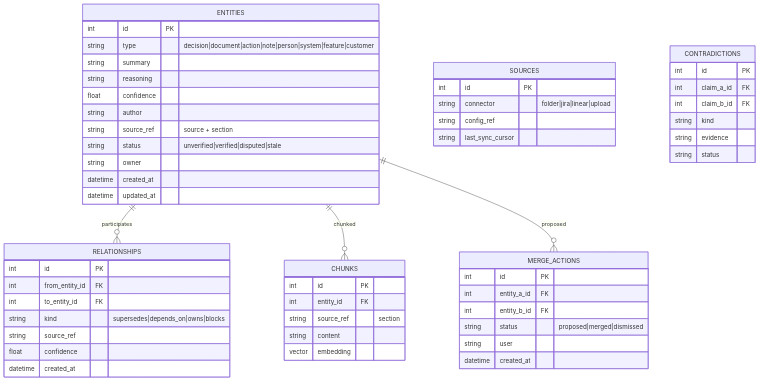
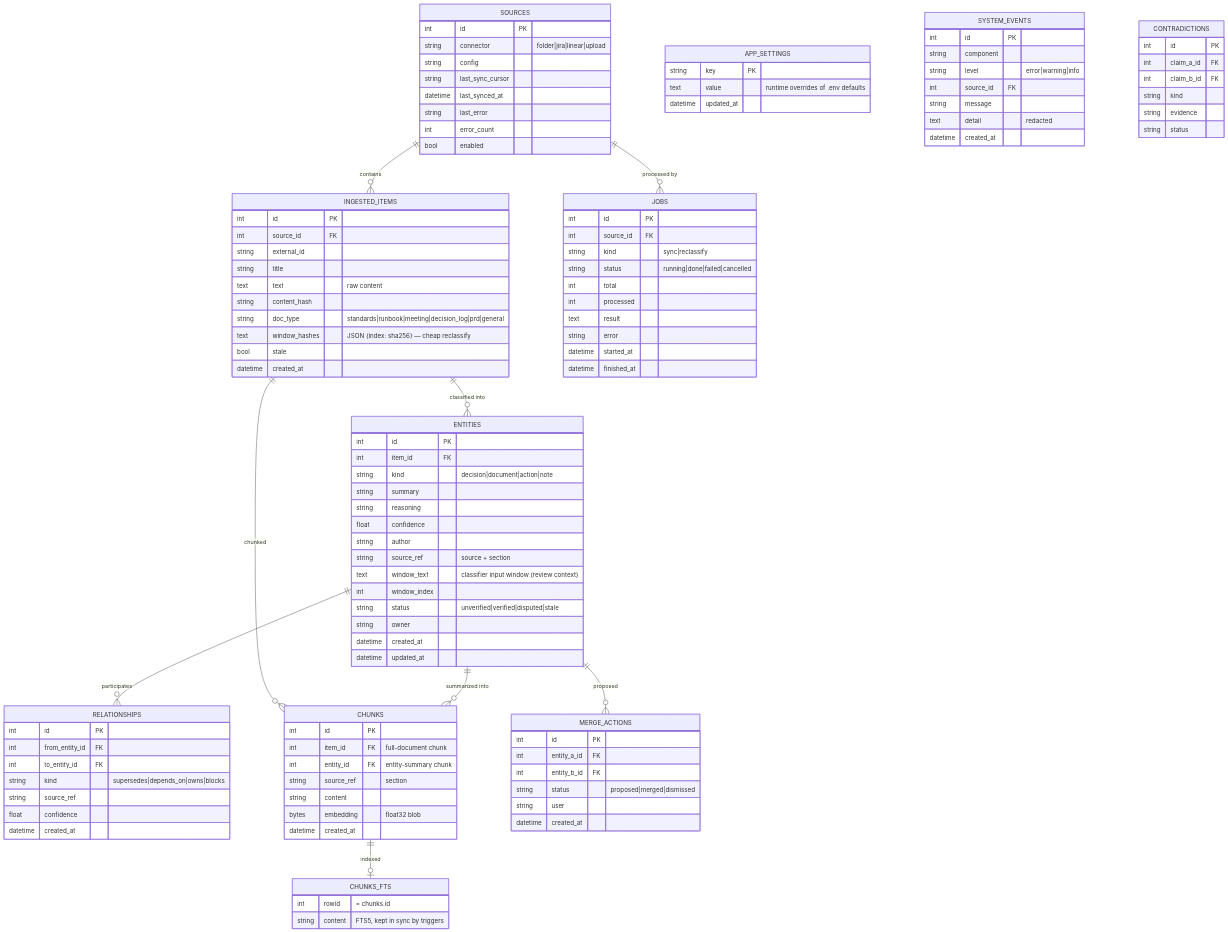
The fourth of 4 diagrams in docs/architecture.md (Atsirkunov/anchorcore), drawn with Mermaid before and after one commit. The commit also changed other lines of this file and 1 other file, not shown here.

Commit message:
Docs: sync README + architecture with current stack (document-aware classification, FTS5 hybrid, runtime settings, jobs/cancel, follow-ups, packaged builds)

````diff
--- a/docs/architecture.md
+++ b/docs/architecture.md
@@ -107,13 +123,28 @@
 ```mermaid
 erDiagram
+    INGESTED_ITEMS {
+        int id PK
+        int source_id FK
+        string external_id
+        string title
+        text text "raw content"
+        string content_hash
+        string doc_type "standards|runbook|meeting|decision_log|prd|general"
+        text window_hashes "JSON {index: sha256} — cheap reclassify"
+        bool stale
+        datetime created_at
+    }
     ENTITIES {
         int id PK
-        string type "decision|document|action|note|person|system|feature|customer"
+        int item_id FK
+        string kind "decision|document|action|note"
         string summary
         string reasoning
         float confidence
         string author
         string source_ref "source + section"
+        text window_text "classifier input window (review context)"
+        int window_index
         string status "unverified|verified|disputed|stale"
         string owner
         datetime created_at
@@ -131,15 +162,37 @@
     SOURCES {
         int id PK
         string connector "folder|jira|linear|upload"
-        string config_ref
+        string config
         string last_sync_cursor
+        datetime last_synced_at
+        string last_error
+        int error_count
+        bool enabled
     }
     CHUNKS {
         int id PK
-        int entity_id FK
+        int item_id FK "full-document chunk"
+        int entity_id FK "entity-summary chunk"
         string source_ref "section"
         string content
-        vector embedding
+        bytes embedding "float32 blob"
+        datetime created_at
+    }
+    CHUNKS_FTS {
+        int rowid "= chunks.id"
+        string content "FTS5, kept in sync by triggers"
+    }
+    JOBS {
+        int id PK
+        int source_id FK
+        string kind "sync|reclassify"
+        string status "running|done|failed|cancelled"
+        int total
+        int processed
+        text result
+        string error
+        datetime started_at
+        datetime finished_at
     }
     MERGE_ACTIONS {
         int id PK
@@ -149,9 +202,28 @@
         string user
         datetime created_at
     }
+    APP_SETTINGS {
+        string key PK
+        text value "runtime overrides of .env defaults"
+        datetime updated_at
+    }
+    SYSTEM_EVENTS {
+        int id PK
+        string component
+        string level "error|warning|info"
+        int source_id FK
+        string message
+        text detail "redacted"
+        datetime created_at
+    }
+    SOURCES ||--o{ INGESTED_ITEMS : "contains"
+    INGESTED_ITEMS ||--o{ ENTITIES : "classified into"
+    INGESTED_ITEMS ||--o{ CHUNKS : "chunked"
     ENTITIES ||--o{ RELATIONSHIPS : "participates"
-    ENTITIES ||--o{ CHUNKS : "chunked"
+    ENTITIES ||--o{ CHUNKS : "summarized into"
     ENTITIES ||--o{ MERGE_ACTIONS : "proposed"
+    CHUNKS ||--o| CHUNKS_FTS : "indexed"
+    SOURCES ||--o{ JOBS : "processed by"
 
     CONTRADICTIONS {
         int id PK
````
